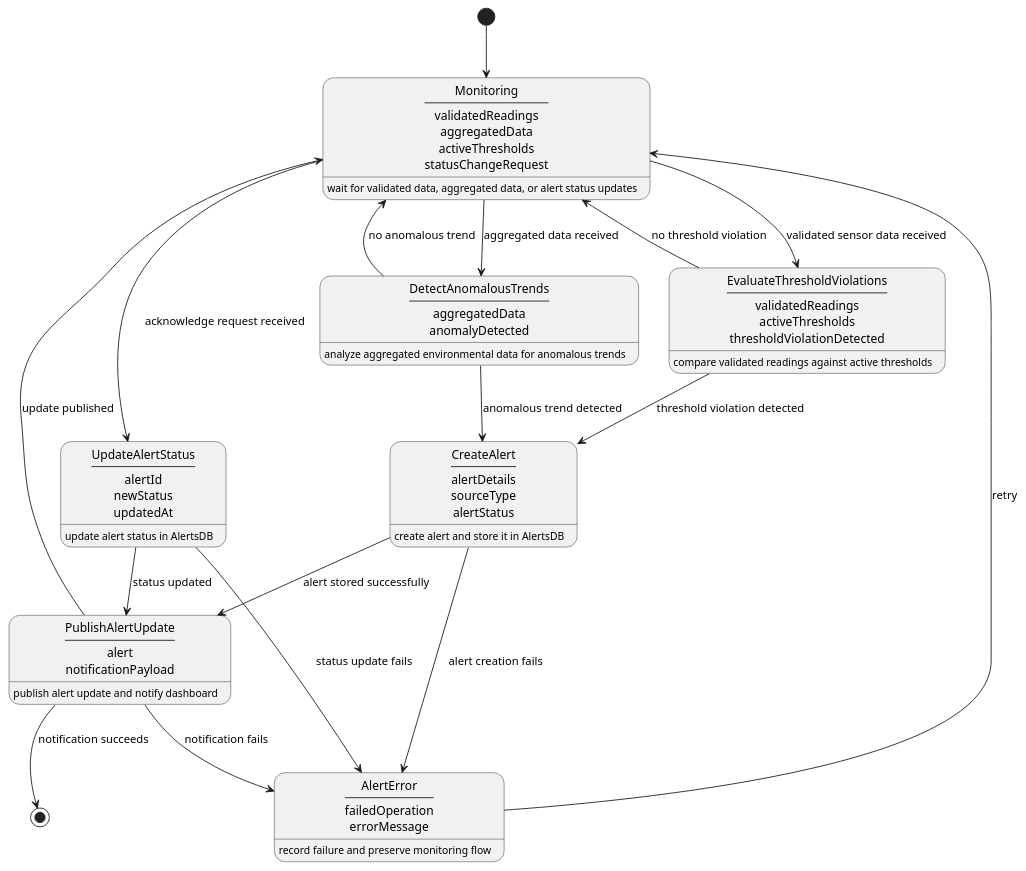
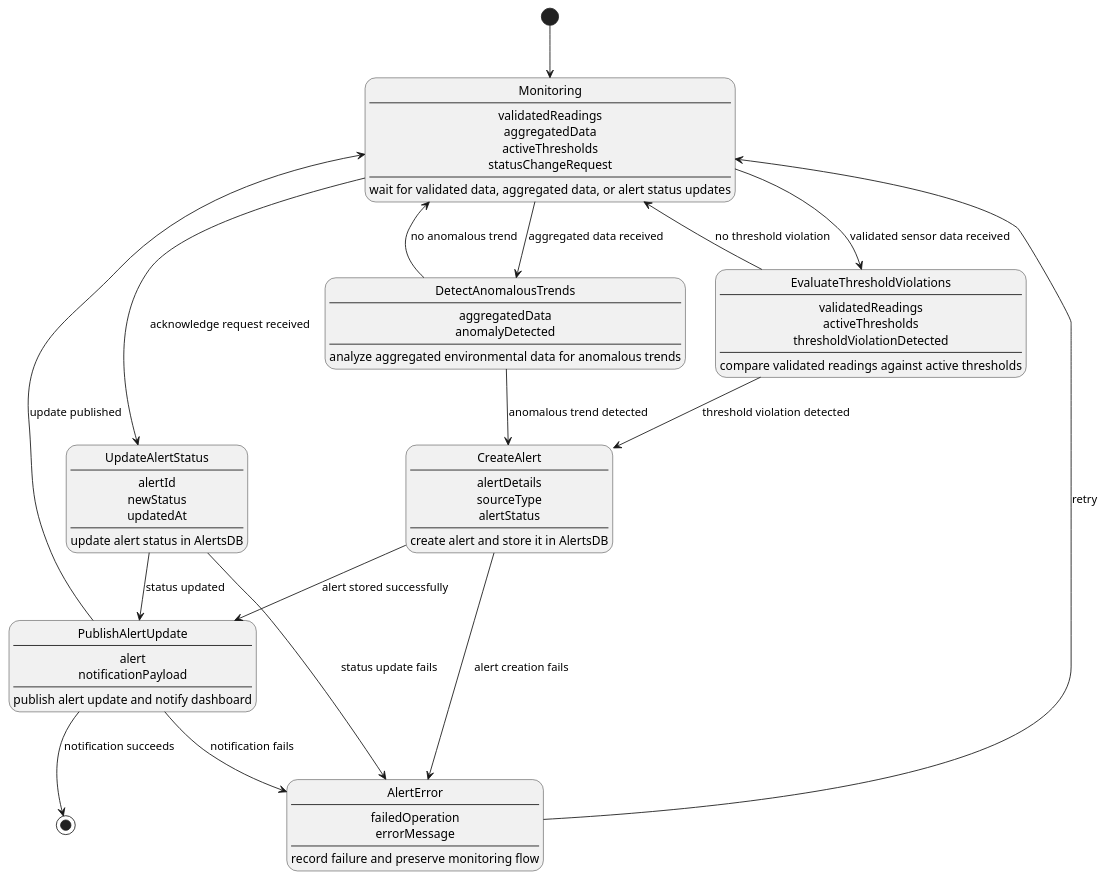
Before and after one commit to harmanpreet-sagar/SFWRENG-3A04-Group6-T01: the diagram in docs/diagrams/plantuml/state/AlertsManagement_State.puml, drawn with PlantUML. The commit also changed 11 other files, not shown here.

Commit message:
Move images to compiled diagrams sections, fix formatting in alerts management state chart

```diff
--- a/docs/diagrams/plantuml/state/AlertsManagement_State.puml
+++ b/docs/diagrams/plantuml/state/AlertsManagement_State.puml
@@ -1,42 +1,42 @@
 @startuml AlertsManagement_StateChart
 hide empty description
 top to bottom direction
 
-state "Monitoring\n----\nvalidatedReadings\naggregatedData\nactiveThresholds\nstatusChangeRequest" as Monitoring : wait for validated data, aggregated data, or alert status updates
+state "Monitoring\n----\nvalidatedReadings\naggregatedData\nactiveThresholds\nstatusChangeRequest\n----\nwait for validated data, aggregated data, or alert status updates" as Monitoring
 
-state "EvaluateThresholdViolations\n----\nvalidatedReadings\nactiveThresholds\nthresholdViolationDetected" as EvaluateThresholdViolations : compare validated readings against active thresholds
+state "EvaluateThresholdViolations\n----\nvalidatedReadings\nactiveThresholds\nthresholdViolationDetected\n----\ncompare validated readings against active thresholds" as EvaluateThresholdViolations
 
-state "DetectAnomalousTrends\n----\naggregatedData\nanomalyDetected" as DetectAnomalousTrends : analyze aggregated environmental data for anomalous trends
+state "DetectAnomalousTrends\n----\naggregatedData\nanomalyDetected\n----\nanalyze aggregated environmental data for anomalous trends" as DetectAnomalousTrends
 
-state "CreateAlert\n----\nalertDetails\nsourceType\nalertStatus" as CreateAlert : create alert and store it in AlertsDB
+state "CreateAlert\n----\nalertDetails\nsourceType\nalertStatus\n----\ncreate alert and store it in AlertsDB" as CreateAlert
 
-state "UpdateAlertStatus\n----\nalertId\nnewStatus\nupdatedAt" as UpdateAlertStatus : update alert status in AlertsDB
+state "UpdateAlertStatus\n----\nalertId\nnewStatus\nupdatedAt\n----\nupdate alert status in AlertsDB" as UpdateAlertStatus
 
-state "PublishAlertUpdate\n----\nalert\nnotificationPayload" as PublishAlertUpdate : publish alert update and notify dashboard
+state "PublishAlertUpdate\n----\nalert\nnotificationPayload\n----\npublish alert update and notify dashboard" as PublishAlertUpdate
 
-state "AlertError\n----\nfailedOperation\nerrorMessage" as AlertError : record failure and preserve monitoring flow
+state "AlertError\n----\nfailedOperation\nerrorMessage\n----\nrecord failure and preserve monitoring flow" as AlertError
 
 [*] --> Monitoring
 
 Monitoring --> EvaluateThresholdViolations : validated sensor data received
 EvaluateThresholdViolations --> CreateAlert : threshold violation detected
 EvaluateThresholdViolations --> Monitoring : no threshold violation
 
 Monitoring --> DetectAnomalousTrends : aggregated data received
 DetectAnomalousTrends --> CreateAlert : anomalous trend detected
 DetectAnomalousTrends --> Monitoring : no anomalous trend
 
 CreateAlert --> PublishAlertUpdate : alert stored successfully
 CreateAlert --> AlertError : alert creation fails
 
 Monitoring --> UpdateAlertStatus : acknowledge request received
 UpdateAlertStatus --> PublishAlertUpdate : status updated
 UpdateAlertStatus --> AlertError : status update fails
 
 PublishAlertUpdate --> Monitoring : update published
 PublishAlertUpdate --> AlertError : notification fails
 PublishAlertUpdate--> [*] : notification succeeds
 
 AlertError --> Monitoring : retry
 
 @enduml
```
